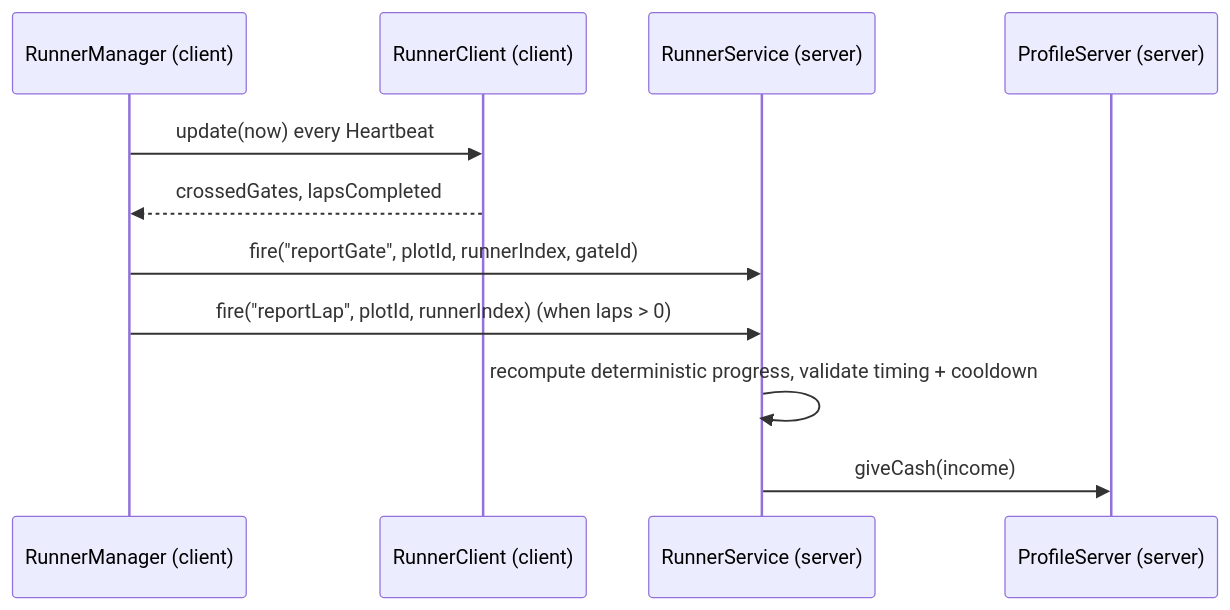
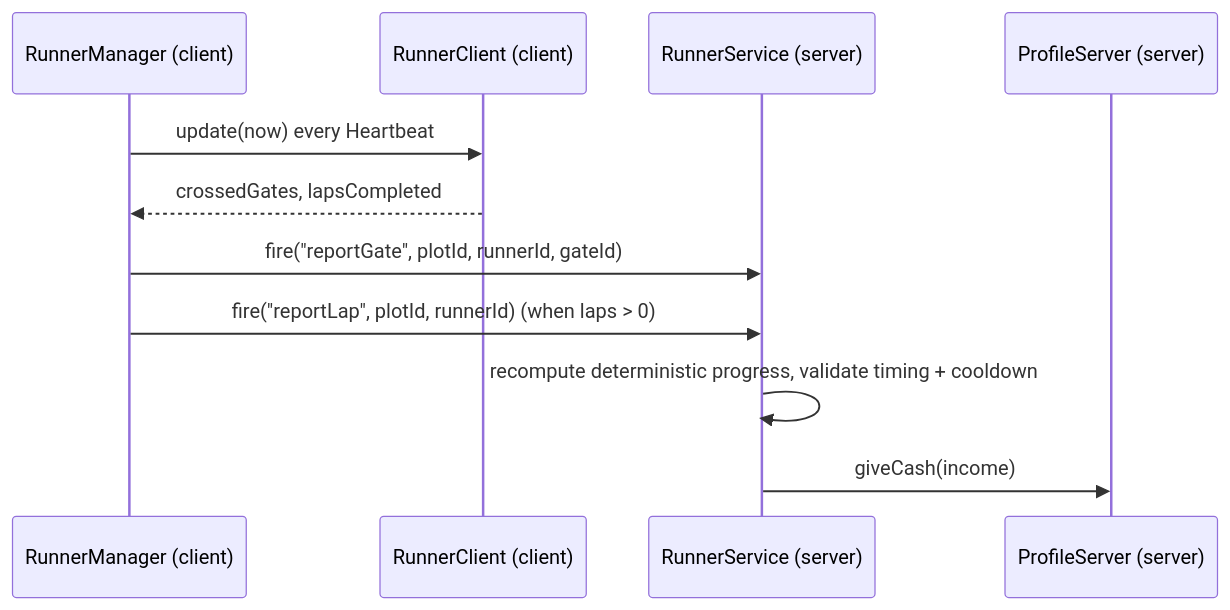
One commit to lilsemihboi/runner-merge changed the first of 3 diagrams in docs/architecture/data-flow.md. Above: the diagram before and after it, drawn with Mermaid. The commit also changed other lines of this file and 22 other files, not shown here.

````diff
--- a/docs/architecture/data-flow.md
+++ b/docs/architecture/data-flow.md
@@ -7,14 +7,14 @@
 ```mermaid
 sequenceDiagram
     participant RM as RunnerManager (client)
     participant RC as RunnerClient (client)
     participant RS as RunnerService (server)
     participant P as ProfileServer (server)
 
     RM->>RC: update(now) every Heartbeat
     RC-->>RM: crossedGates, lapsCompleted
-    RM->>RS: fire("reportGate", plotId, runnerIndex, gateId)
-    RM->>RS: fire("reportLap", plotId, runnerIndex) (when laps > 0)
+    RM->>RS: fire("reportGate", plotId, runnerId, gateId)
+    RM->>RS: fire("reportLap", plotId, runnerId) (when laps > 0)
     RS->>RS: recompute deterministic progress, validate timing + cooldown
     RS->>P: giveCash(income)
 ```
````
